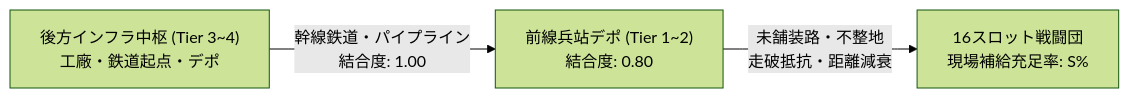
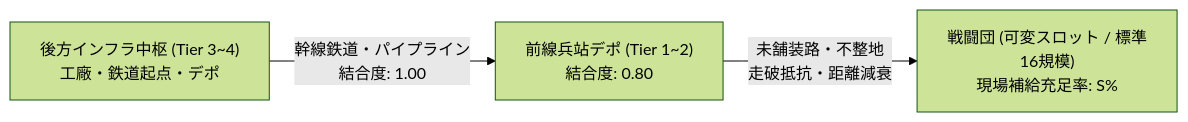
Before and after one commit to nanaisisi/nanai-alien-com-game: the first of 2 diagrams in docs/specs/COMBAT_GROUP_LOGISTICS_INTEGRATION.md, drawn with Mermaid (forest theme). The commit also changed other lines of this file and 8 other files, not shown here.

````diff
--- a/docs/specs/COMBAT_GROUP_LOGISTICS_INTEGRATION.md
+++ b/docs/specs/COMBAT_GROUP_LOGISTICS_INTEGRATION.md
@@ -92,5 +92,5 @@
 ```mermaid
 flowchart LR
     Hub["後方インフラ中枢 (Tier 3~4)<br/>工廠・鉄道起点・デポ"] -->|"幹線鉄道・パイプライン<br/>結合度: 1.00"| FrontBase["前線兵站デポ (Tier 1~2)<br/>結合度: 0.80"]
-    FrontBase -->|"未舗装路・不整地<br/>走破抵抗・距離減衰"| CG["16スロット戦闘団<br/>現場補給充足率: S%"]
+    FrontBase -->|"未舗装路・不整地<br/>走破抵抗・距離減衰"| CG["戦闘団 (可変スロット / 標準16規模)<br/>現場補給充足率: S%"]
 ```
````
